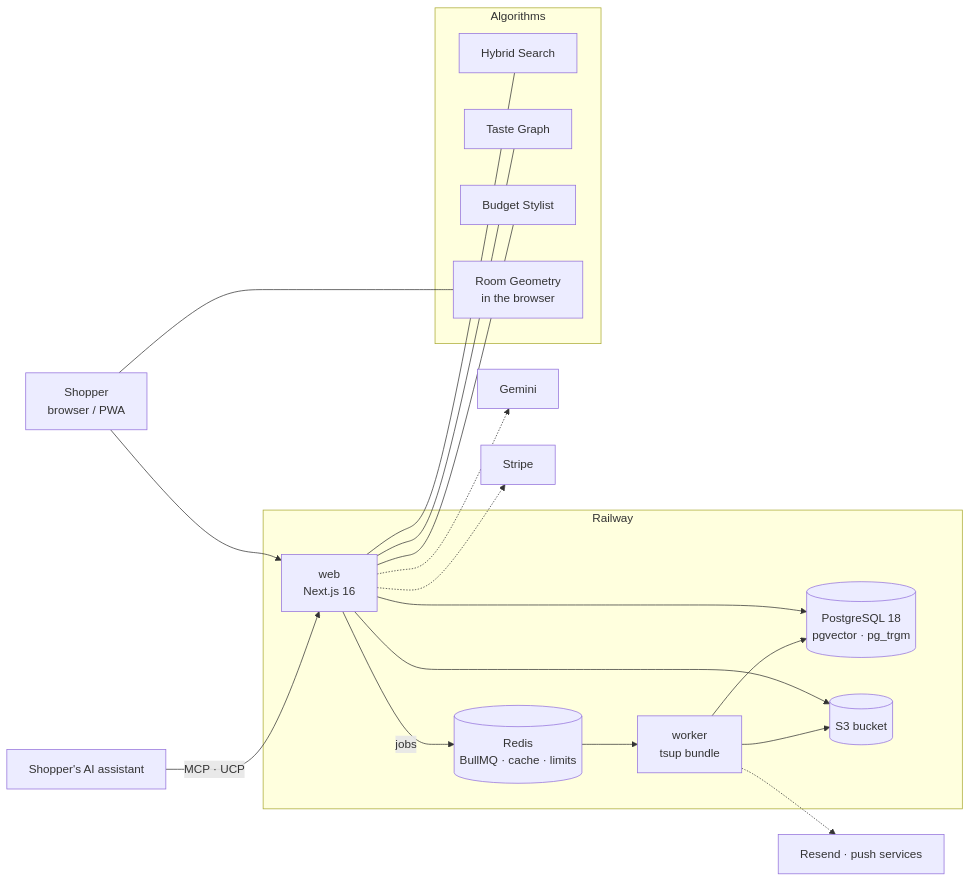
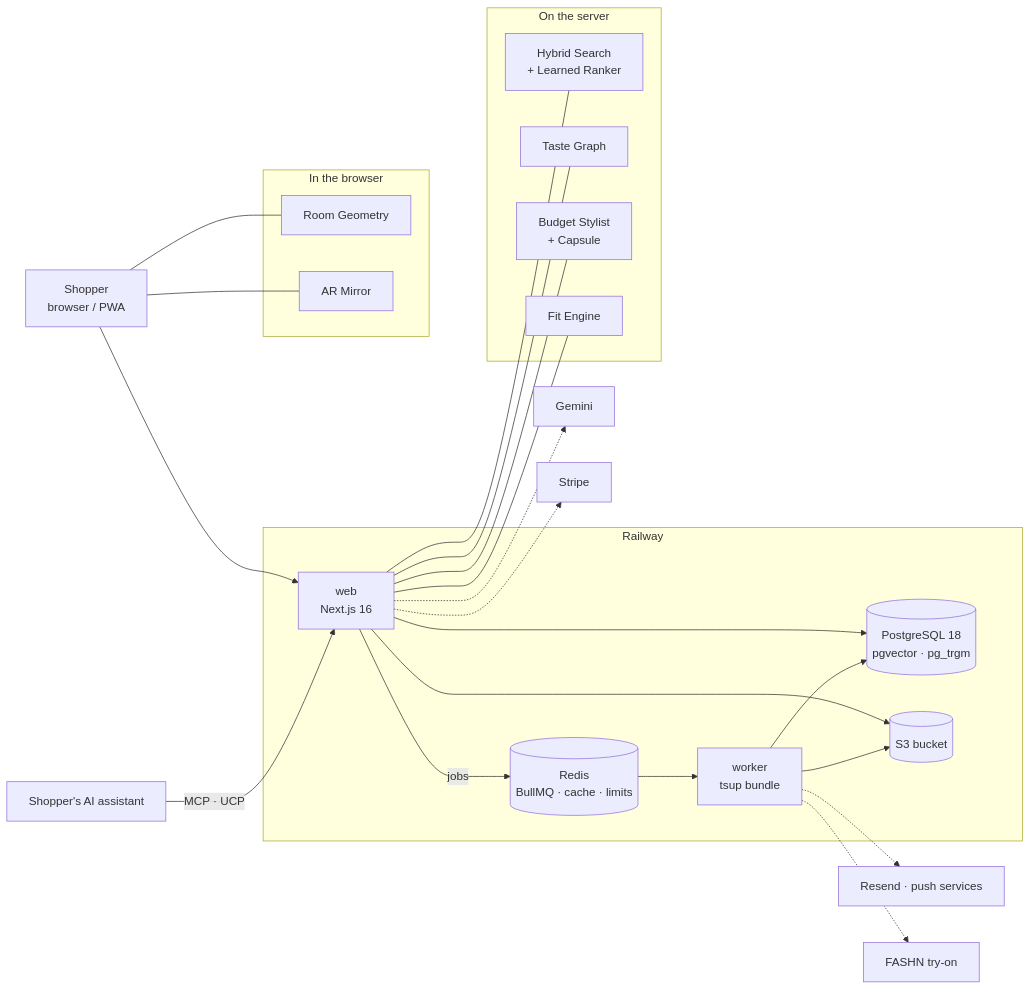
The diagram in README.md (George0Papasotiriou/ITC-4879-Capstone-Vitrine), drawn with Mermaid before and after one commit. The commit also changed other lines of this file, not shown here.

````diff
--- a/README.md
+++ b/README.md
@@ -139,28 +201,34 @@
 ```mermaid
 flowchart LR
     U[Shopper<br/>browser / PWA] --> W
     AG[Shopper's AI assistant] -->|MCP · UCP| W
 
     subgraph Railway
         W[web<br/>Next.js 16] -->|jobs| R[(Redis<br/>BullMQ · cache · limits)]
         R --> K[worker<br/>tsup bundle]
         W --> P[(PostgreSQL 18<br/>pgvector · pg_trgm)]
         K --> P
         W --> S[(S3 bucket)]
         K --> S
     end
 
     W -.-> G[Gemini]
     W -.-> ST[Stripe]
     K -.-> E[Resend · push services]
+    K -.-> F[FASHN try-on]
 
-    subgraph Algorithms
-        A1[Hybrid Search]
+    subgraph On the server
+        A1[Hybrid Search<br/>+ Learned Ranker]
         A2[Taste Graph]
-        A3[Budget Stylist]
-        A4[Room Geometry<br/>in the browser]
+        A3[Budget Stylist<br/>+ Capsule]
+        A5[Fit Engine]
     end
 
-    W --- A1 & A2 & A3
-    U --- A4
+    subgraph In the browser
+        A4[Room Geometry]
+        A6[AR Mirror]
+    end
+
+    W --- A1 & A2 & A3 & A5
+    U --- A4 & A6
 ```
````
